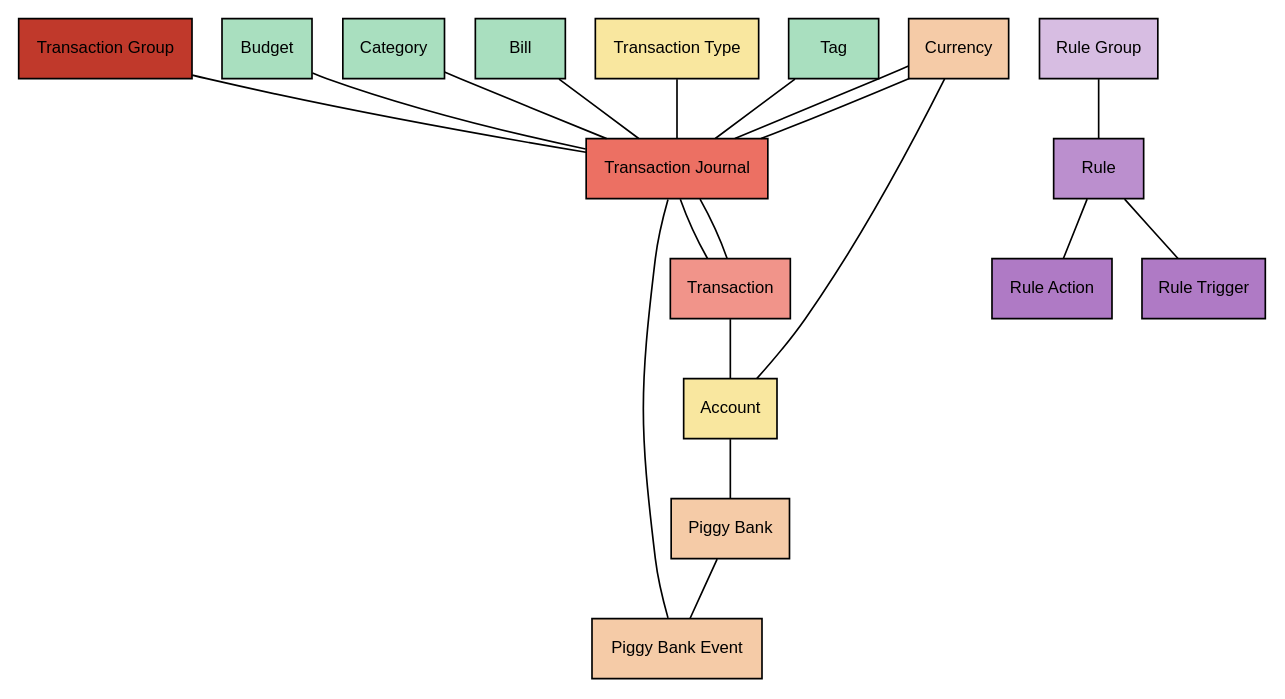
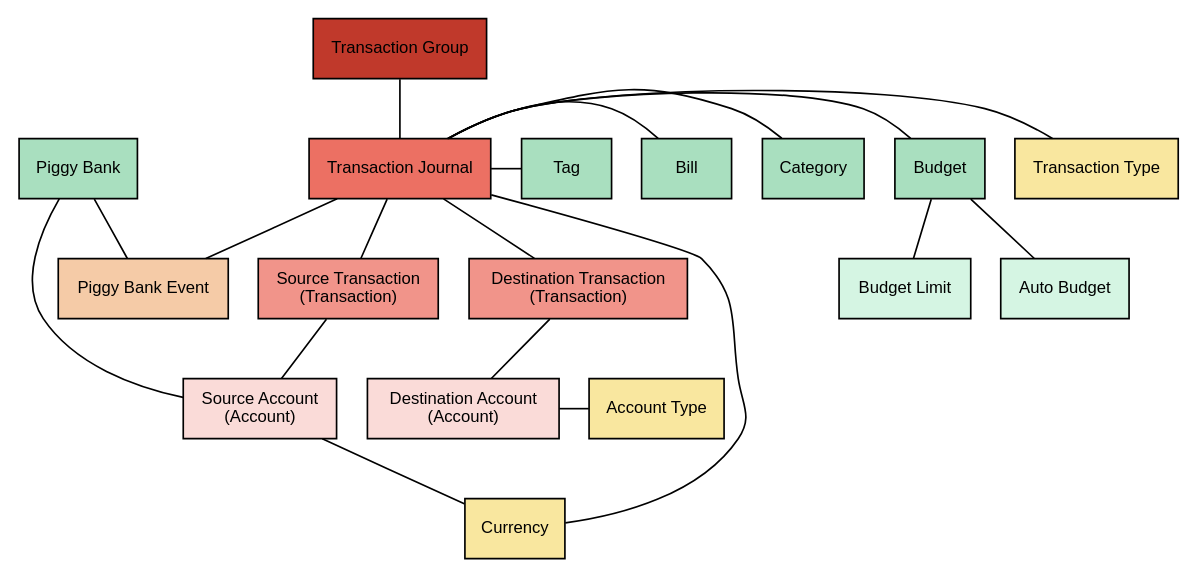
One commit to firefly-iii/docs changed the diagram in docs/docs/firefly-iii/about-firefly-iii/images/database.dot. Above: the diagram before and after it, drawn with Graphviz. The commit also changed 8 other files, not shown here.

```diff
--- a/docs/docs/firefly-iii/about-firefly-iii/images/database.dot
+++ b/docs/docs/firefly-iii/about-firefly-iii/images/database.dot
@@ -1,58 +1,104 @@
 digraph G {
     graph [fontname = "helvetica",fontsize = 10];
     node [fontname = "helvetica",fontsize = 10];
     edge [fontname = "helvetica",fontsize = 10];
 
     // dot -Tpng database.dot -o database.png
 
-    "account"      [shape = box,style=filled,fillcolor="#f9e79f",label = Account];
-    "transaction"  [shape = box,style=filled,fillcolor="#f1948a",label = Transaction];
+    "type"         [shape = box,style=filled,fillcolor="#f9e79f",label = "Transaction Type"];
+    "src_account"      [shape = box,style=filled,fillcolor="#fadbd8",label = "Source Account\n(Account)"];
+    "dst_account"      [shape = box,style=filled,fillcolor="#fadbd8",label = "Destination Account\n(Account)"];
+    "account_type"     [shape = box,style=filled,fillcolor="#f9e79f",label = "Account Type"];
+    "src_transaction"  [shape = box,style=filled,fillcolor="#f1948a",label = "Source Transaction\n(Transaction)"];
+    "dst_transaction"  [shape = box,style=filled,fillcolor="#f1948a",label = "Destination Transaction\n(Transaction)"];
+
     "tj"           [shape = box,style=filled,fillcolor="#ec7063",label = "Transaction Journal"];
     "tgroup"       [shape = box,style=filled,fillcolor="#c0392b",label = "Transaction Group"];
     "budget"       [shape = box,style=filled,fillcolor="#a9dfbf",label = "Budget"];
     "category"     [shape = box,style=filled,fillcolor="#a9dfbf",label = "Category"];
-    "currency"     [shape = box,style=filled,fillcolor="#f5cba7",label = "Currency"];
+    "currency"     [shape = box,style=filled,fillcolor="#f9e79f",label = "Currency"];
     "bill"         [shape = box,style=filled,fillcolor="#a9dfbf",label = "Bill"];
-    "piggy"        [shape = box,style=filled,fillcolor="#f5cba7",label = "Piggy Bank"];
+    "piggy"        [shape = box,style=filled,fillcolor="#a9dfbf",label = "Piggy Bank"];
     "piggy_event"  [shape = box,style=filled,fillcolor="#f5cba7",label = "Piggy Bank Event"];
-    "type"         [shape = box,style=filled,fillcolor="#f9e79f",label = "Transaction Type"];
     "tag"          [shape = box,style=filled,fillcolor="#a9dfbf",label = "Tag"];
-    "rule_group"   [shape = box,style=filled,fillcolor="#d7bde2",label = "Rule Group"];
-    "rule"         [shape = box,style=filled,fillcolor="#bb8fce",label = "Rule"];
-    "rule_action"  [shape = box,style=filled,fillcolor="#af7ac5",label = "Rule Action"];
-    "rule_trigger" [shape = box,style=filled,fillcolor="#af7ac5",label = "Rule Trigger"];
+
+    "budget_limit"       [shape = box,style=filled,fillcolor="#d5f5e3",label = "Budget Limit"];
+    "auto_budget"       [shape = box,style=filled,fillcolor="#d5f5e3",label = "Auto Budget"];
+
+    // group to account
+    tgroup -> tj [arrowhead = none];
+    tj -> src_transaction [arrowhead = none];
+    tj -> dst_transaction [arrowhead = none];
+    src_transaction -> src_account [arrowhead = none];
+    dst_transaction -> dst_account [arrowhead = none];
+
+    // link transaction journal to transaction type
+    tj -> type [arrowhead = none];
+
+    // link destination account to account type
+    dst_account -> account_type [arrowhead = none];
+
+    // meta data voor journal:
+    tj -> budget [arrowhead = none];
+    tj -> category [arrowhead = none];
+    tj -> bill [arrowhead = none];
+    tj -> tag [arrowhead = none];
+
+    // journal and account have a currency
+    src_account -> currency [arrowhead = none];
+    tj -> currency [arrowhead = none];
+
+    // link piggy to event
+    piggy -> src_account [arrowhead = none];
+    piggy -> piggy_event [arrowhead = none];
+
+    // link piggy to journal
+    tj -> piggy_event [arrowhead = none];
+
+    // link budget limit and auto budget
+    budget -> budget_limit [arrowhead = none];
+    budget -> auto_budget [arrowhead = none];
+
+    {rank = same; tj; type; budget; category; bill; tag}
+    {rank = same; dst_account; account_type;}
 
 
-    transaction -> account [arrowhead = none];
-    type -> tj  [arrowhead = none];
-    tj -> transaction [arrowhead = none];
-    tj -> transaction [arrowhead = none];
-    tgroup -> tj [arrowhead = none];
-    budget -> tj [arrowhead = none];
-    category -> tj  [arrowhead = none];
-    bill -> tj [arrowhead = none];
-    currency -> tj [arrowhead = none];
-    currency -> tj [arrowhead = none];
-    currency -> account [arrowhead = none];
-    tag -> tj [arrowhead = none];
-    account -> piggy [arrowhead = none];
-    piggy -> piggy_event [arrowhead = none];
-    tj -> piggy_event [arrowhead = none];
+    //
+    //
+    //type -> tj  [arrowhead = none];
+    
+    // budget -> tj [arrowhead = none];
+    // category -> tj  [arrowhead = none];
+    // bill -> tj [arrowhead = none];
+    // currency -> tj [arrowhead = none];
+    // currency -> tj [arrowhead = none];
+    // currency -> account [arrowhead = none];
+    // tag -> tj [arrowhead = none];
+    // account -> piggy [arrowhead = none];
+    // account_type -> account [arrowhead = none];
+    // piggy -> piggy_event [arrowhead = none];
+    // tj -> piggy_event [arrowhead = none];
 
-    rule_group -> rule [arrowhead = none];
-    rule -> rule_action [arrowhead = none];
-    rule -> rule_trigger [arrowhead = none];
+    // rule_group -> rule [arrowhead = none];
+    // rule -> rule_action [arrowhead = none];
+    // rule -> rule_trigger [arrowhead = none];
+
+    // src_account -> account;
+    // dst_account -> account;
+
+    // src_transaction -> transaction;
+    // dst_transaction -> transaction;
 
     // "recurrence"               [shape = box           ,style = filled,fillcolor = white,label = "Recurrence"];
     // "recurrence_transaction"   [shape = box           ,style = filled,fillcolor = white,label = "Recurring Transaction"];
     // "recurrence_repetition"    [shape = box           ,style = filled,fillcolor = white,label = "Recurring Repetition"];
 
     // recurrence -> recurrence_transaction;
     // recurrence -> recurrence_repetition;
     // "note"     [shape = box           ,style = filled,fillcolor = white,label = "Note"];
     // "attachment"     [shape = box           ,style = filled,fillcolor = white,label = "Attachment"];
     // "location"     [shape = box           ,style = filled,fillcolor = white,label = "Location"];
 
 
 
 }
```
